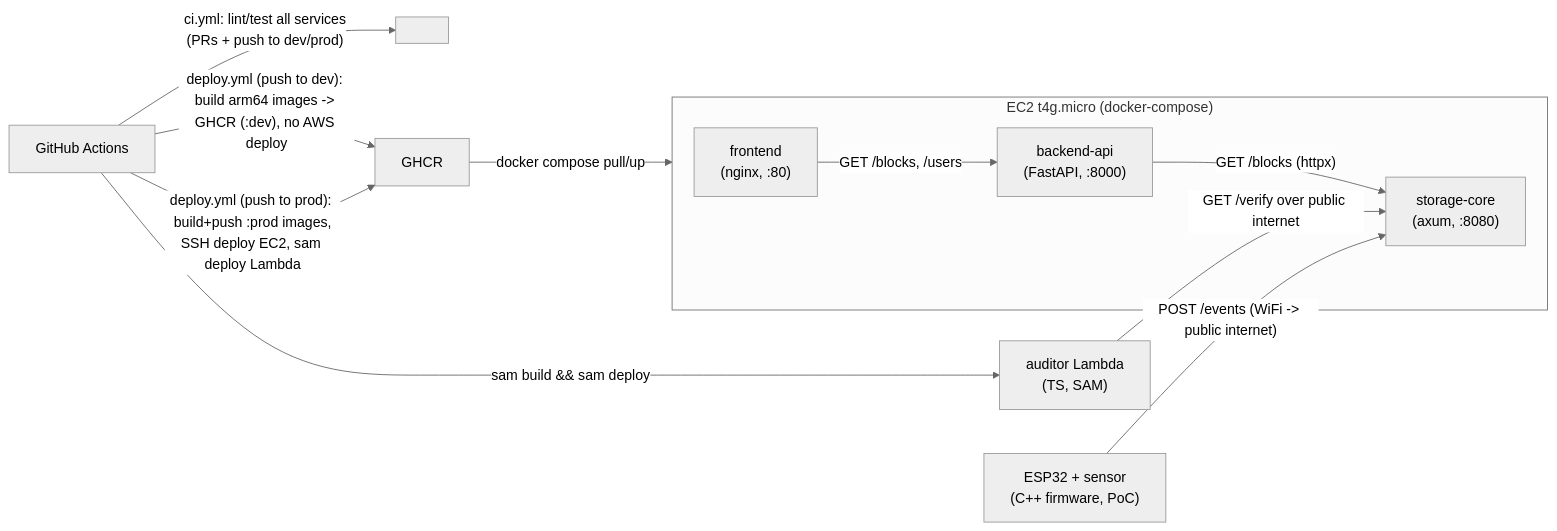
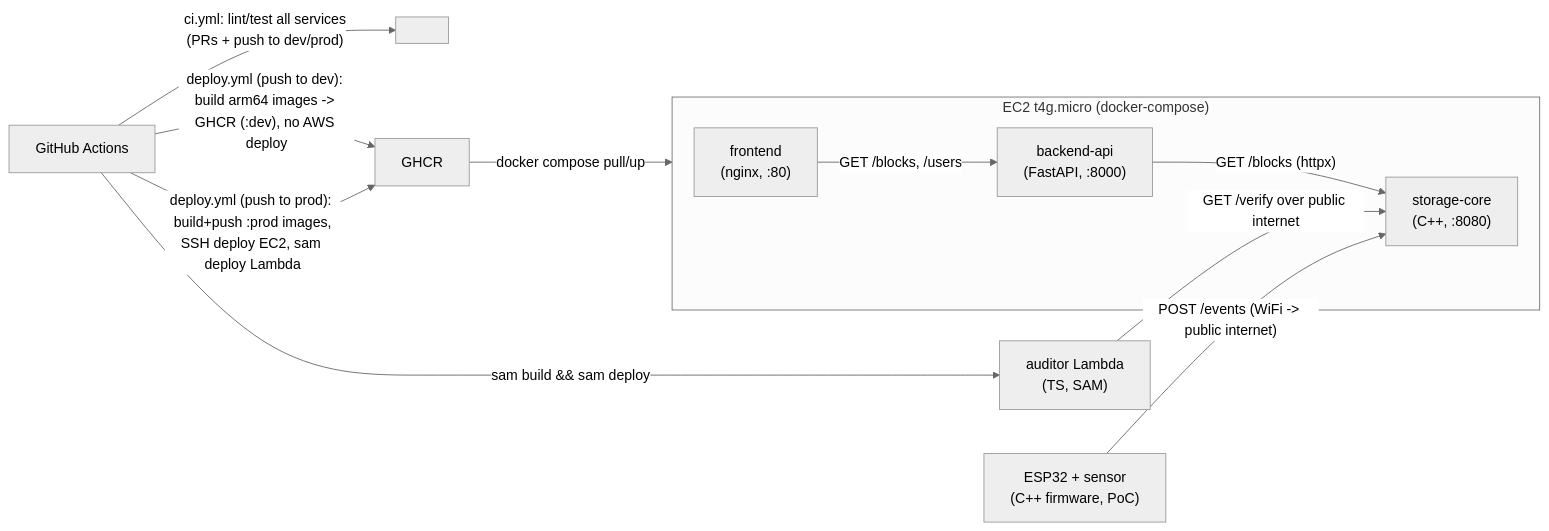
The diagram in docs/architecture.md (rosnMagar/iot-devices-ledger-auditor), drawn with Mermaid (neutral theme) before and after one commit. The commit also changed other lines of this file and 18 other files, not shown here.

Commit message:
CHORE: Migrate storage-core from Rust to C++ (scaffold, docs, sprint-01 tickets)

````diff
--- a/docs/architecture.md
+++ b/docs/architecture.md
@@ -23,23 +23,23 @@
 ```mermaid
 flowchart LR
     subgraph EC2["EC2 t4g.micro (docker-compose)"]
         FE["frontend\n(nginx, :80)"]
         BE["backend-api\n(FastAPI, :8000)"]
-        SC["storage-core\n(axum, :8080)"]
+        SC["storage-core\n(C++, :8080)"]
         FE -->|"GET /blocks, /users"| BE
         BE -->|"GET /blocks (httpx)"| SC
     end
 
     LAMBDA["auditor Lambda\n(TS, SAM)"]
     LAMBDA -->|"GET /verify over public internet"| SC
 
     ESP32["ESP32 + sensor\n(C++ firmware, PoC)"]
     ESP32 -->|"POST /events (WiFi -> public internet)"| SC
 
     GH["GitHub Actions"]
     GH -->|"ci.yml: lint/test all services\n(PRs + push to dev/prod)"| CI[" "]
     GH -->|"deploy.yml (push to dev): build arm64 images -> GHCR (:dev), no AWS deploy"| GHCR["GHCR"]
     GH -->|"deploy.yml (push to prod): build+push :prod images,\nSSH deploy EC2, sam deploy Lambda"| GHCR
     GHCR -->|"docker compose pull/up"| EC2
     GH -->|"sam build && sam deploy"| LAMBDA
 ```
````
